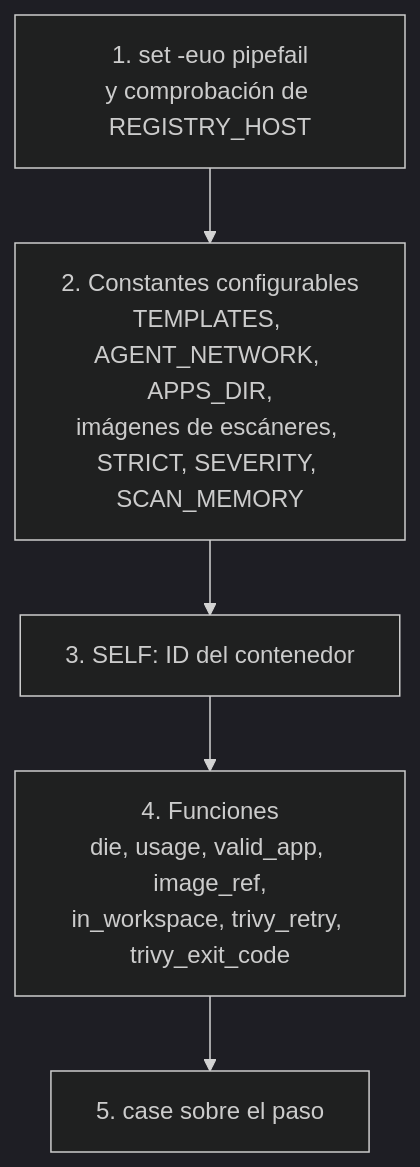
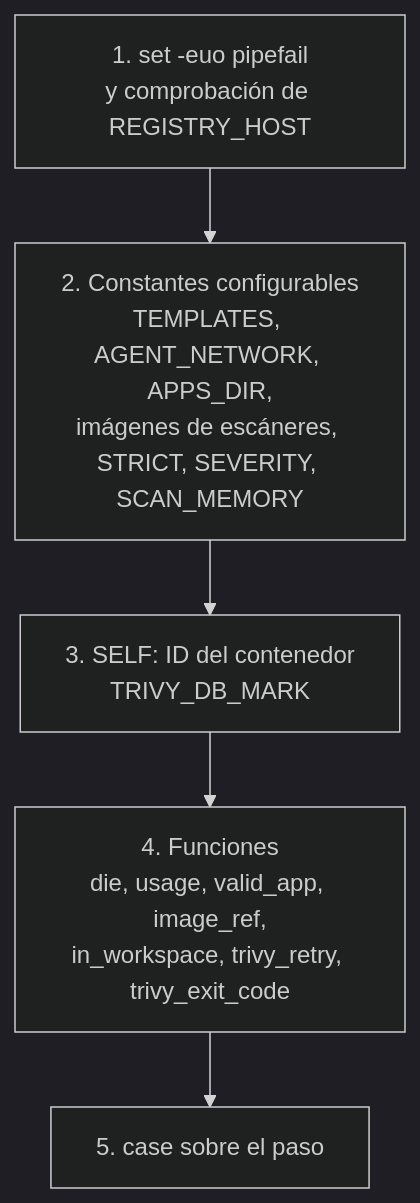
Before and after one commit to TorresMBA/mercury-devops-lab: the diagram in docs/scripts/03-mercury-ci.md, drawn with Mermaid (dark theme). The commit also changed other lines of this file and 22 other files, not shown here.

````diff
--- a/docs/scripts/03-mercury-ci.md
+++ b/docs/scripts/03-mercury-ci.md
@@ -40,9 +40,9 @@
 ```mermaid
 flowchart TB
   a["1. set -euo pipefail<br/>y comprobación de REGISTRY_HOST"]
   b["2. Constantes configurables<br/>TEMPLATES, AGENT_NETWORK, APPS_DIR,<br/>imágenes de escáneres, STRICT, SEVERITY, SCAN_MEMORY"]
-  c["3. SELF: ID del contenedor"]
+  c["3. SELF: ID del contenedor<br/>TRIVY_DB_MARK"]
   d["4. Funciones<br/>die, usage, valid_app, image_ref,<br/>in_workspace, trivy_retry, trivy_exit_code"]
   e["5. case sobre el paso"]
   a --> b --> c --> d --> e
 ```
````
